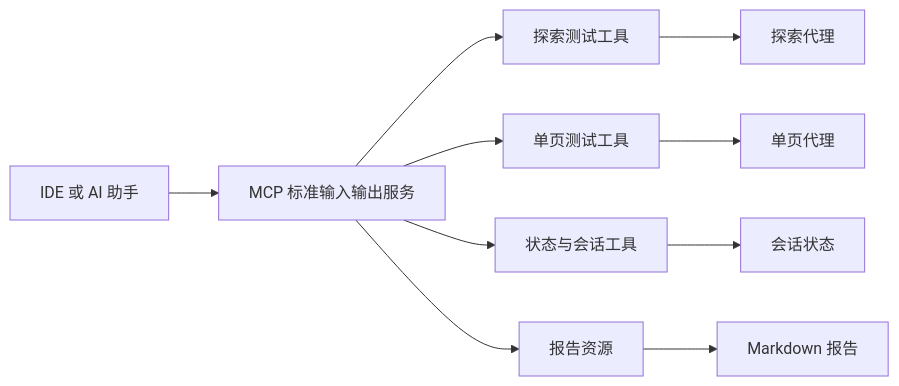
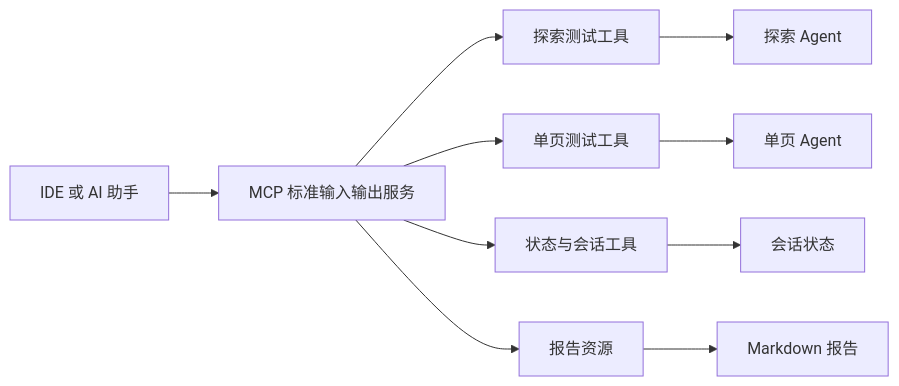
One commit to LiuSandy/web-audit-agent changed the diagram in docs/rfc-mcp-integration.md. Above: the diagram before and after it, drawn with Mermaid. The commit also changed other lines of this file and 8 other files, not shown here.

```diff
--- a/docs/rfc-mcp-integration.md
+++ b/docs/rfc-mcp-integration.md
@@ -25,12 +25,12 @@
 ~~~mermaid
 graph LR
     A[IDE 或 AI 助手] --> B[MCP 标准输入输出服务]
     B --> C[探索测试工具]
     B --> D[单页测试工具]
     B --> E[状态与会话工具]
-    C --> F[探索代理]
-    D --> G[单页代理]
+    C --> F[探索 Agent]
+    D --> G[单页 Agent]
     E --> H[会话状态]
     B --> I[报告资源]
     I --> J[Markdown 报告]
 ~~~
```
